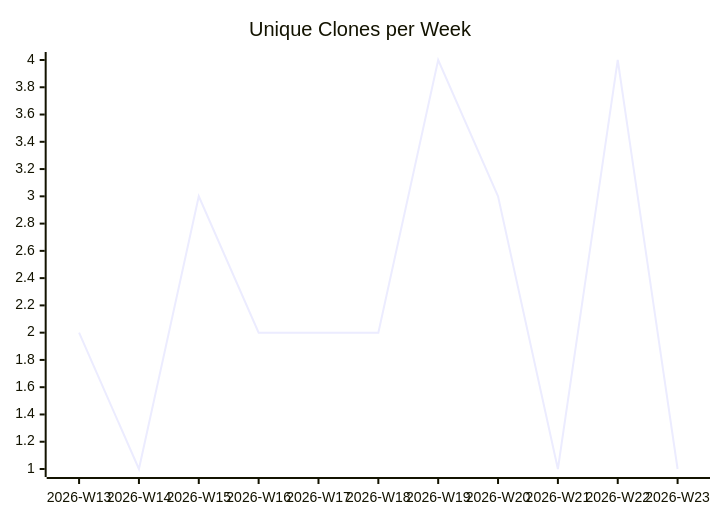
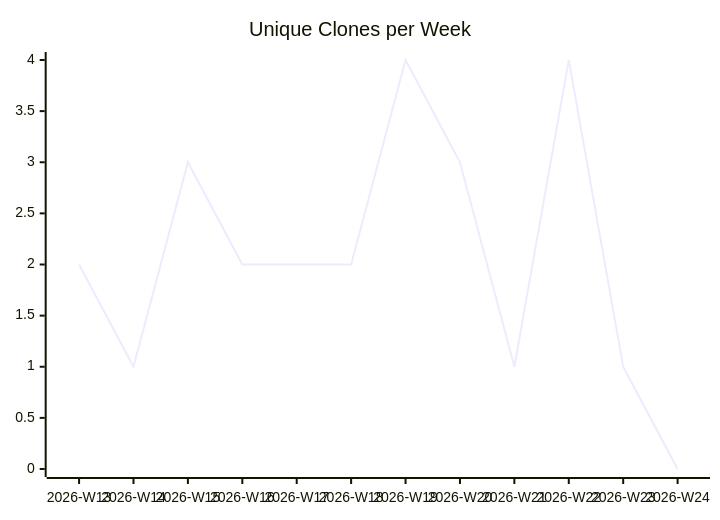
Before and after one commit to justdavis-family/github-analytics-data: the third of 3 diagrams in karlmdavis/kobjects/README.md, drawn with Mermaid. The commit also changed other lines of this file and 189 other files, not shown here.

````diff
--- a/karlmdavis/kobjects/README.md
+++ b/karlmdavis/kobjects/README.md
@@ -19,6 +19,6 @@
 ```mermaid
 xychart-beta
   title "Unique Clones per Week"
-  x-axis ["2026-W13", "2026-W14", "2026-W15", "2026-W16", "2026-W17", "2026-W18", "2026-W19", "2026-W20", "2026-W21", "2026-W22", "2026-W23"]
-  line [2, 1, 3, 2, 2, 2, 4, 3, 1, 4, 1]
+  x-axis ["2026-W13", "2026-W14", "2026-W15", "2026-W16", "2026-W17", "2026-W18", "2026-W19", "2026-W20", "2026-W21", "2026-W22", "2026-W23", "2026-W24"]
+  line [2, 1, 3, 2, 2, 2, 4, 3, 1, 4, 1, 0]
 ```
````
